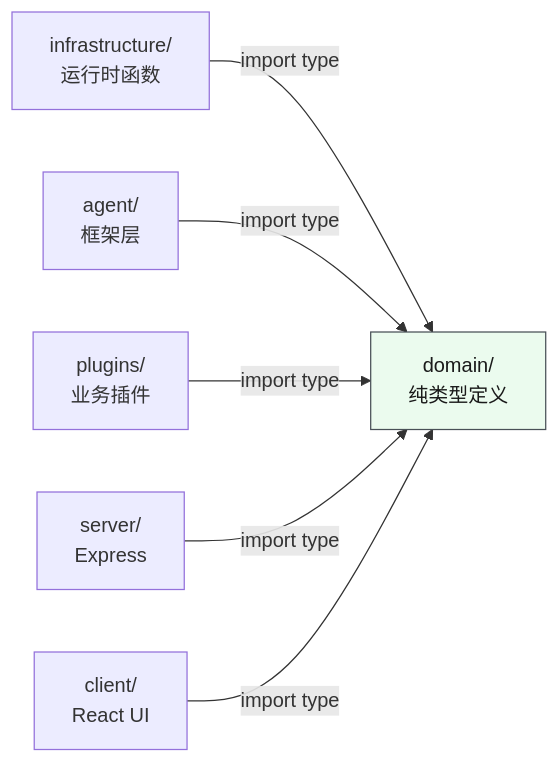
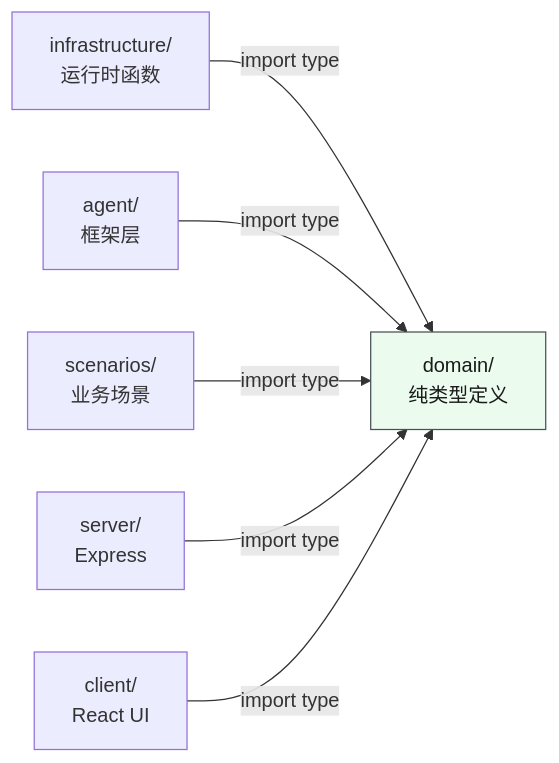
The second of 3 diagrams in src/domain/CLAUDE.md (yjzaaa/leave-approval-agent), drawn with Mermaid before and after one commit. The commit also changed other lines of this file and 80 other files, not shown here.

````diff
--- a/src/domain/CLAUDE.md
+++ b/src/domain/CLAUDE.md
@@ -73,18 +73,18 @@
 ```mermaid
 graph LR
     Domain["domain/<br/>纯类型定义"]
 
     Infra["infrastructure/<br/>运行时函数"]
     Agent["agent/<br/>框架层"]
-    Plugins["plugins/<br/>业务插件"]
+    Plugins["scenarios/<br/>业务场景"]
     Server["server/<br/>Express"]
     Client["client/<br/>React UI"]
 
     Infra -->|"import type"| Domain
     Agent -->|"import type"| Domain
     Plugins -->|"import type"| Domain
     Server -->|"import type"| Domain
     Client -->|"import type"| Domain
 
     style Domain fill:#ebfbee,stroke:#495057,color:#1a1a1a
 ```
````
